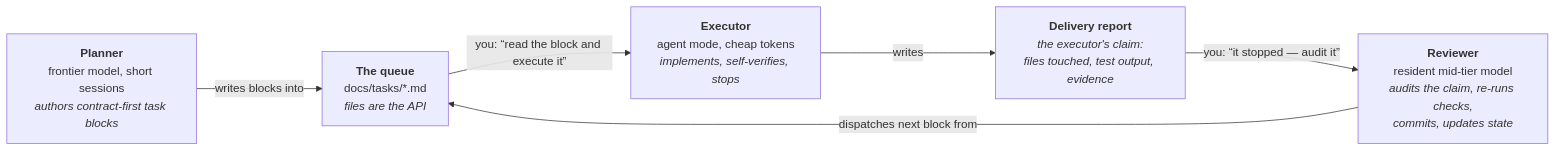
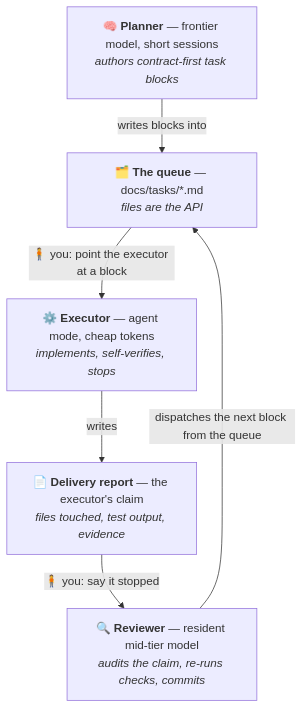
Before and after one commit to Sethysethyseth/the-poor-mans-agentic-workflow: the first of 2 diagrams in README.md, drawn with Mermaid. The commit also changed other lines of this file, not shown here.

Commit message:
README v2: consumer-test pass - vertical legible diagrams, refreshed traceable numbers (37 units/10 days), autonomous-relay teaser + v5 evolution entry, GitHub alert banner, jump-to nav, two-seats/three-roles clarifier, de-jargoned rung table

````diff
--- a/README.md
+++ b/README.md
@@ -60,13 +74,13 @@
 ```mermaid
-flowchart LR
-    P["<b>Planner</b><br/>frontier model, short sessions<br/><i>authors contract-first task blocks</i>"]
-    Q["<b>The queue</b><br/>docs/tasks/*.md<br/><i>files are the API</i>"]
-    X["<b>Executor</b><br/>agent mode, cheap tokens<br/><i>implements, self-verifies, stops</i>"]
-    D["<b>Delivery report</b><br/><i>the executor's claim:<br/>files touched, test output, evidence</i>"]
-    R["<b>Reviewer</b><br/>resident mid-tier model<br/><i>audits the claim, re-runs checks,<br/>commits, updates state</i>"]
-    P -->|writes blocks into| Q
-    Q -->|"you: “read the block and execute it”"| X
-    X -->|writes| D
-    D -->|"you: “it stopped — audit it”"| R
-    R -->|dispatches next block from| Q
+flowchart TD
+    P["🧠 <b>Planner</b> — frontier model, short sessions<br/><i>authors contract-first task blocks</i>"]
+    Q["🗂️ <b>The queue</b> — docs/tasks/*.md<br/><i>files are the API</i>"]
+    X["⚙️ <b>Executor</b> — agent mode, cheap tokens<br/><i>implements, self-verifies, stops</i>"]
+    D["📄 <b>Delivery report</b> — the executor's claim<br/><i>files touched, test output, evidence</i>"]
+    R["🔍 <b>Reviewer</b> — resident mid-tier model<br/><i>audits the claim, re-runs checks, commits</i>"]
+    P -- "writes blocks into" --> Q
+    Q -- "🧍 you: point the executor at a block" --> X
+    X -- "writes" --> D
+    D -- "🧍 you: say it stopped" --> R
+    R -- "dispatches the next block from the queue" --> Q
 ```
````
